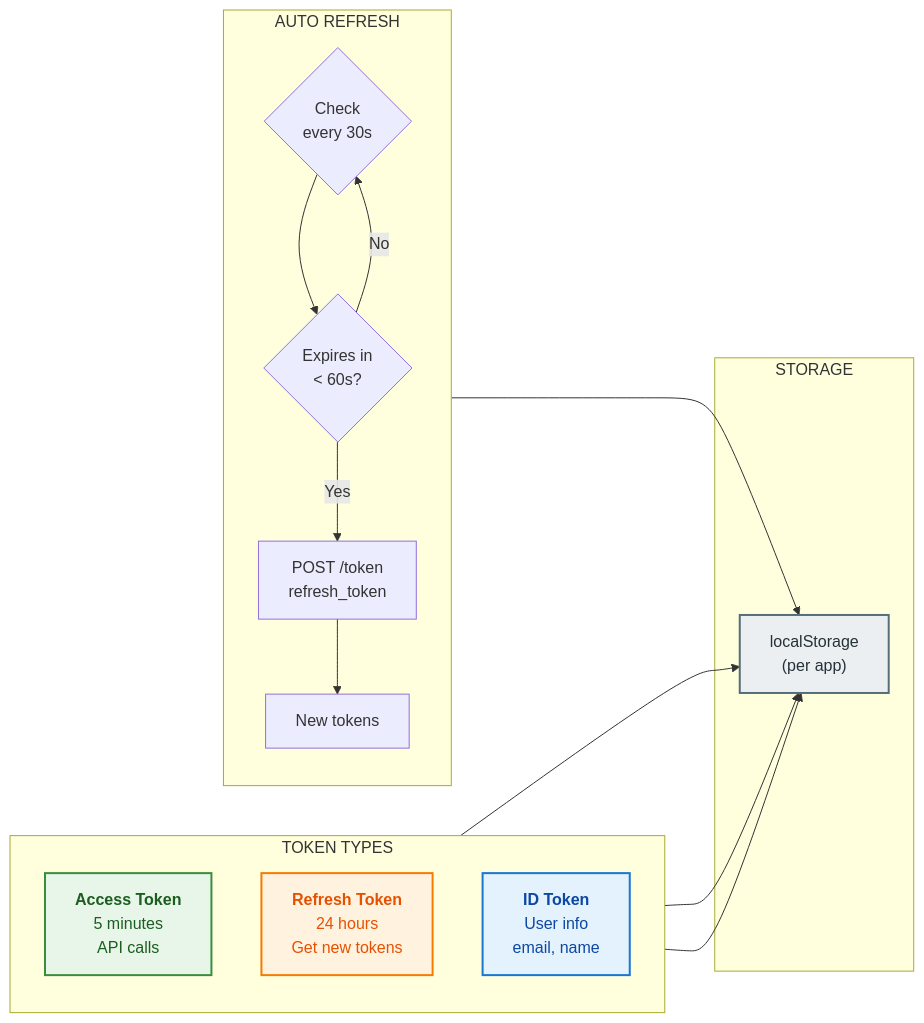
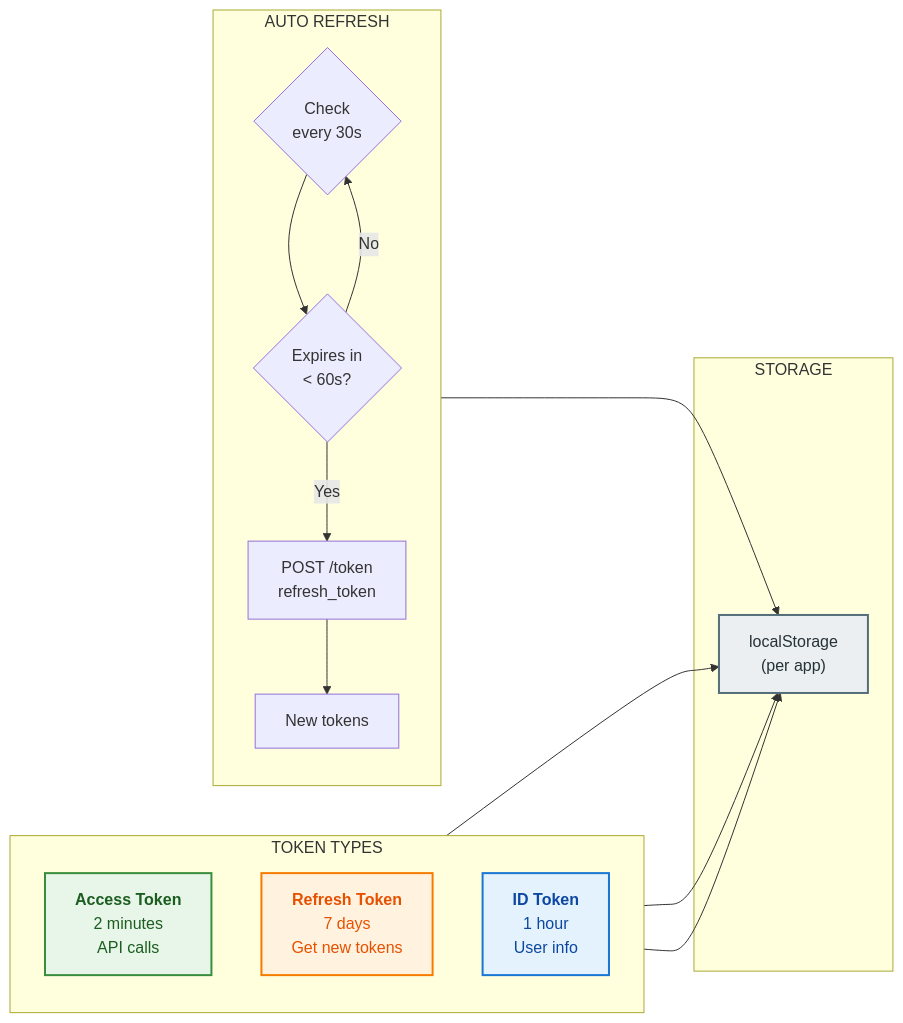
The fifth of 12 diagrams in docs/diagrams/DIAGRAMS_MERMAID.md (ioannis-psomadelis/sso-app), drawn with Mermaid before and after one commit. The commit also changed other lines of this file and 27 other files, not shown here.

````diff
--- a/docs/diagrams/DIAGRAMS_MERMAID.md
+++ b/docs/diagrams/DIAGRAMS_MERMAID.md
@@ -183,36 +183,36 @@
 ```mermaid
 flowchart LR
     subgraph TOKENS["TOKEN TYPES"]
         direction TB
-        AT["<b>Access Token</b><br/>5 minutes<br/>API calls"]
-        RT["<b>Refresh Token</b><br/>24 hours<br/>Get new tokens"]
-        IT["<b>ID Token</b><br/>User info<br/>email, name"]
+        AT["<b>Access Token</b><br/>2 minutes<br/>API calls"]
+        RT["<b>Refresh Token</b><br/>7 days<br/>Get new tokens"]
+        IT["<b>ID Token</b><br/>1 hour<br/>User info"]
     end
 
     subgraph STORAGE["STORAGE"]
         LS["localStorage<br/>(per app)"]
     end
 
     subgraph REFRESH["AUTO REFRESH"]
         direction TB
         CHECK{"Check<br/>every 30s"}
         EXP{"Expires in<br/>< 60s?"}
         REQ["POST /token<br/>refresh_token"]
         NEW["New tokens"]
     end
 
     AT --> LS
     RT --> LS
     IT --> LS
 
     CHECK --> EXP
     EXP -->|Yes| REQ
     EXP -->|No| CHECK
     REQ --> NEW
     NEW --> LS
 
     style AT fill:#E8F5E9,stroke:#388E3C,stroke-width:2px,color:#1B5E20
     style RT fill:#FFF3E0,stroke:#F57C00,stroke-width:2px,color:#E65100
     style IT fill:#E3F2FD,stroke:#1976D2,stroke-width:2px,color:#0D47A1
     style LS fill:#ECEFF1,stroke:#546E7A,stroke-width:2px,color:#263238
 ```
````
